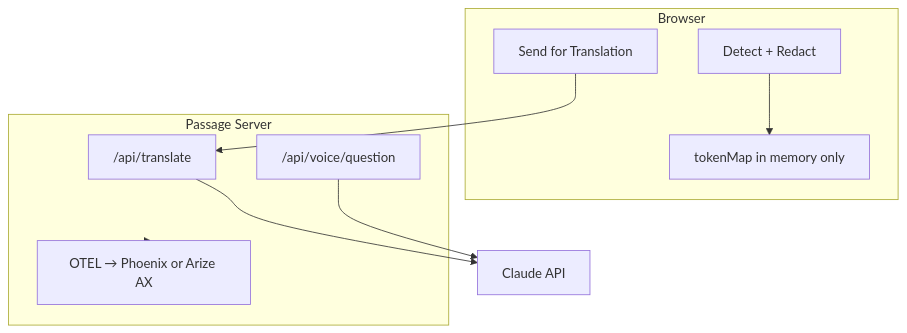
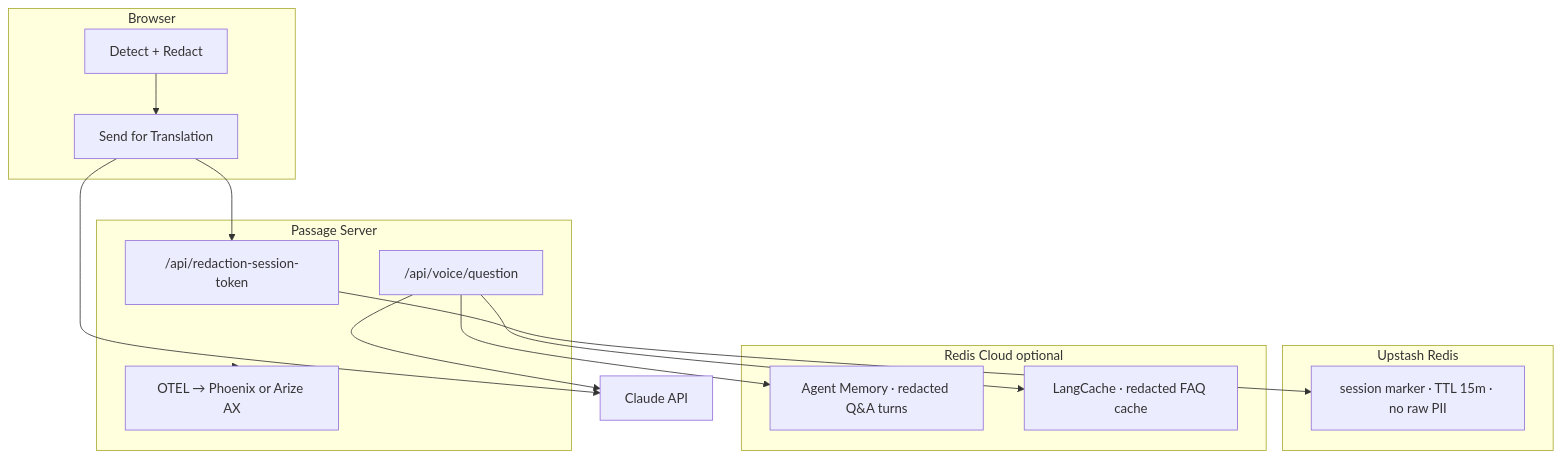
One commit to shanghanyan/Passage changed the diagram in README.md. Above: the diagram before and after it, drawn with Mermaid. The commit also changed other lines of this file and 22 other files, not shown here.

````diff
--- a/README.md
+++ b/README.md
@@ -116,20 +120,31 @@
 ```mermaid
 flowchart TB
   subgraph browser [Browser]
     Detect[Detect + Redact]
-    TokenMap["tokenMap in memory only"]
     Send[Send for Translation]
   end
 
+  subgraph upstash [Upstash Redis]
+    Session["session marker · TTL 15m · no raw PII"]
+  end
+
+  subgraph redisCloud [Redis Cloud optional]
+    AM[Agent Memory · redacted Q&A turns]
+    LC[LangCache · redacted FAQ cache]
+  end
+
   subgraph server [Passage Server]
-    Translate["/api/translate"]
+    Mint["/api/redaction-session-token"]
     VQ["/api/voice/question"]
     OTEL["OTEL → Phoenix or Arize AX"]
   end
 
-  Detect --> TokenMap
-  Send --> Translate
-  Translate --> Claude[Claude API]
-  VQ --> Claude
+  Detect --> Send
+  Send --> Mint
+  Mint --> Session
+  VQ --> AM
+  VQ --> LC
+  VQ --> Claude[Claude API]
+  Send --> Claude
   server --> OTEL
 ```
````
